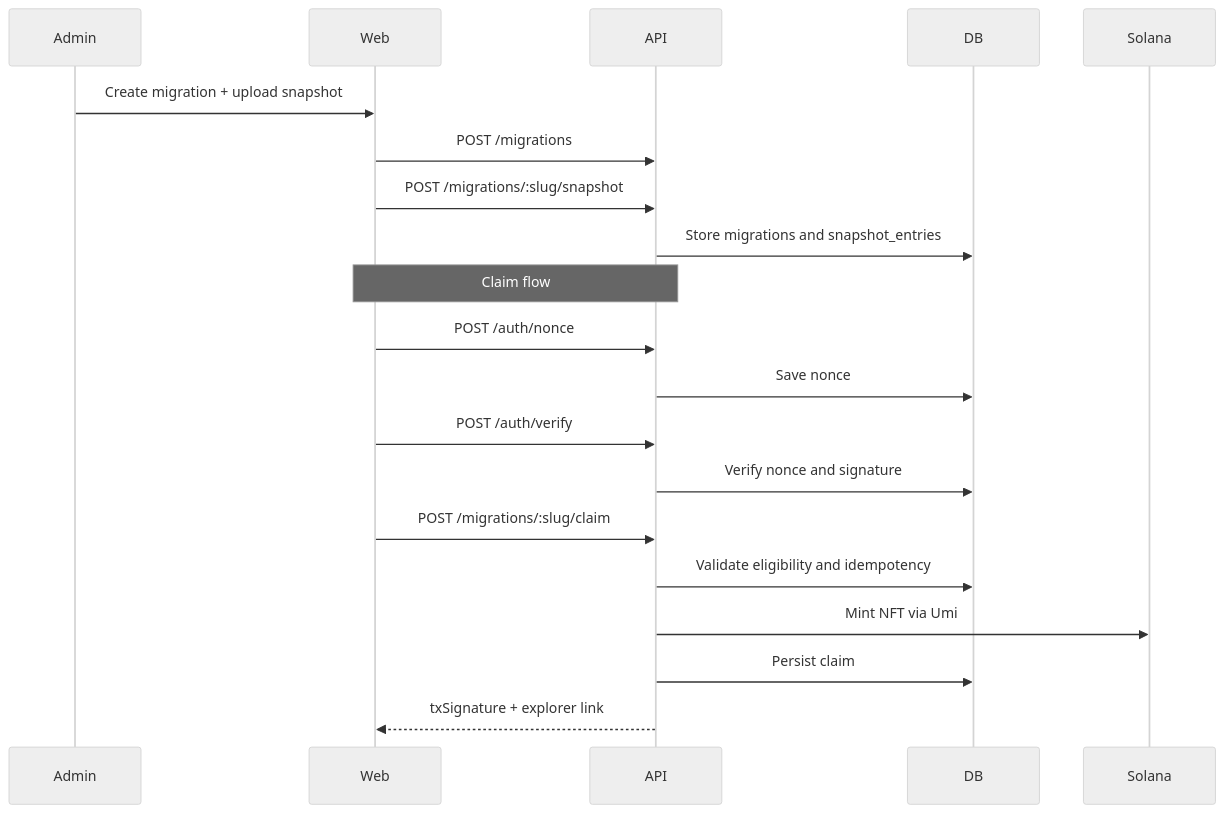
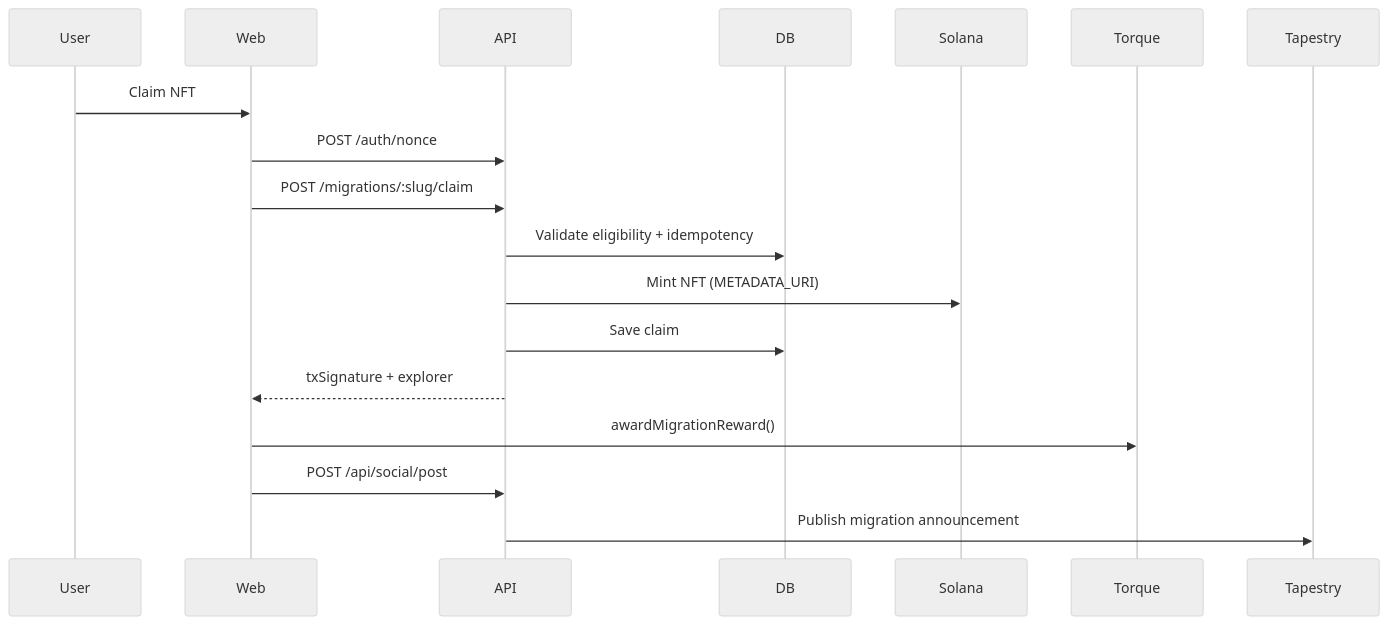
One commit to femmudas/revivepass changed the second of 2 diagrams in README.md. Above: the diagram before and after it, drawn with Mermaid (neutral theme). The commit also changed other lines of this file and 18 other files, not shown here.

Commit message:
Remove Sunrise, add Torque and Tapestry integration

````diff
--- a/README.md
+++ b/README.md
@@ -46,24 +47,21 @@
 ```mermaid
 sequenceDiagram
-  participant Admin
+  participant User
   participant Web
   participant API
   participant DB
   participant Solana
+  participant Torque
+  participant Tapestry
 
-  Admin->>Web: Create migration + upload snapshot
-  Web->>API: POST /migrations
-  Web->>API: POST /migrations/:slug/snapshot
-  API->>DB: Store migrations and snapshot_entries
-
-  Note over Web,API: Claim flow
+  User->>Web: Claim NFT
   Web->>API: POST /auth/nonce
-  API->>DB: Save nonce
-  Web->>API: POST /auth/verify
-  API->>DB: Verify nonce and signature
   Web->>API: POST /migrations/:slug/claim
-  API->>DB: Validate eligibility and idempotency
-  API->>Solana: Mint NFT via Umi
-  API->>DB: Persist claim
-  API-->>Web: txSignature + explorer link
+  API->>DB: Validate eligibility + idempotency
+  API->>Solana: Mint NFT (METADATA_URI)
+  API->>DB: Save claim
+  API-->>Web: txSignature + explorer
+  Web->>Torque: awardMigrationReward()
+  Web->>API: POST /api/social/post
+  API->>Tapestry: Publish migration announcement
 ```
````
